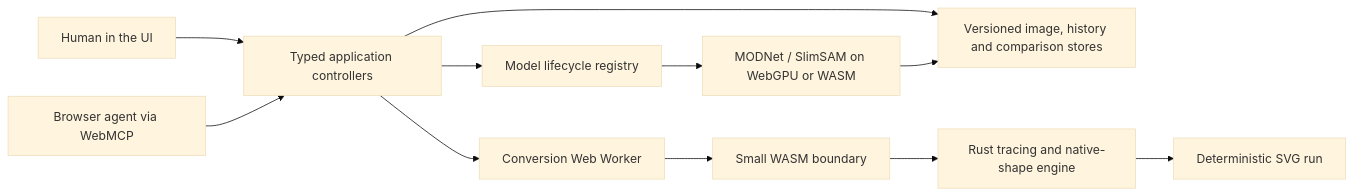
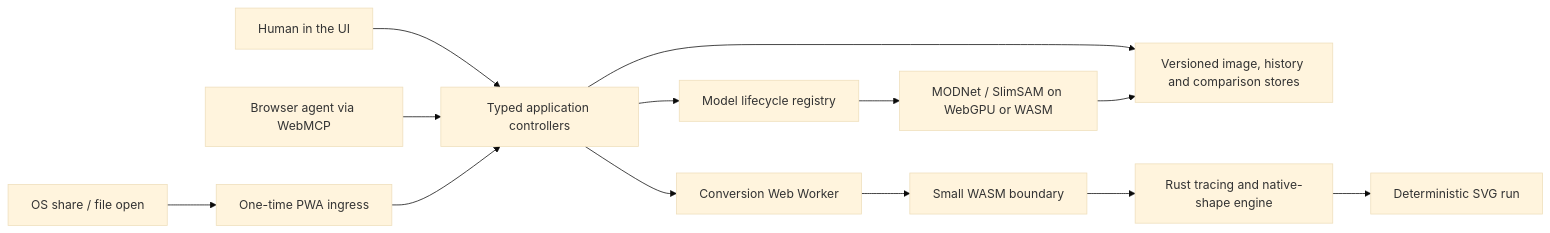
One commit to MarvKalani/img2svg-studio changed the diagram in docs/ARCHITECTURE.md. Above: the diagram before and after it, drawn with Mermaid (base theme). The commit also changed other lines of this file and 21 other files, not shown here.

````diff
--- a/docs/ARCHITECTURE.md
+++ b/docs/ARCHITECTURE.md
@@ -7,13 +7,15 @@
 ```mermaid
 flowchart LR
   Human["Human in the UI"] --> Controllers["Typed application controllers"]
   Agent["Browser agent via WebMCP"] --> Controllers
+  OS["OS share / file open"] --> PWA["One-time PWA ingress"]
+  PWA --> Controllers
   Controllers --> Workspace["Versioned image, history and comparison stores"]
   Controllers --> Worker["Conversion Web Worker"]
   Worker --> Wasm["Small WASM boundary"]
   Wasm --> Engine["Rust tracing and native-shape engine"]
   Controllers --> Models["Model lifecycle registry"]
   Models --> LocalAI["MODNet / SlimSAM on WebGPU or WASM"]
   Engine --> SVG["Deterministic SVG run"]
   LocalAI --> Workspace
 ```
````
